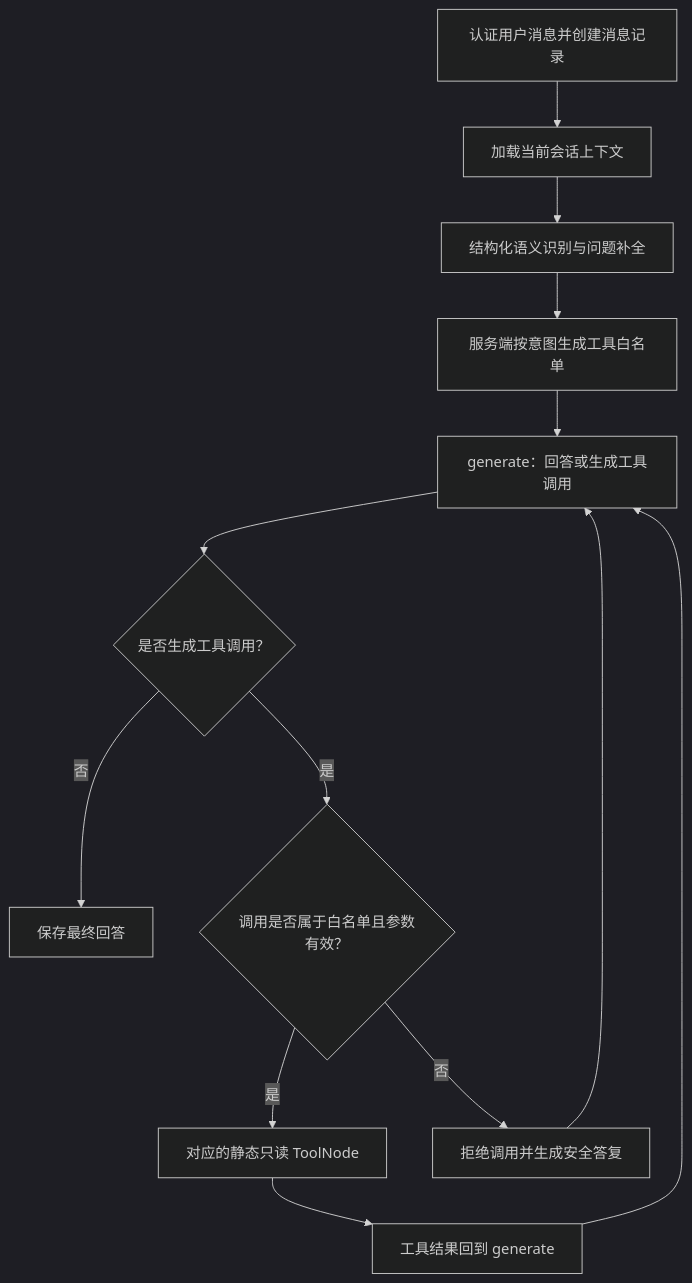
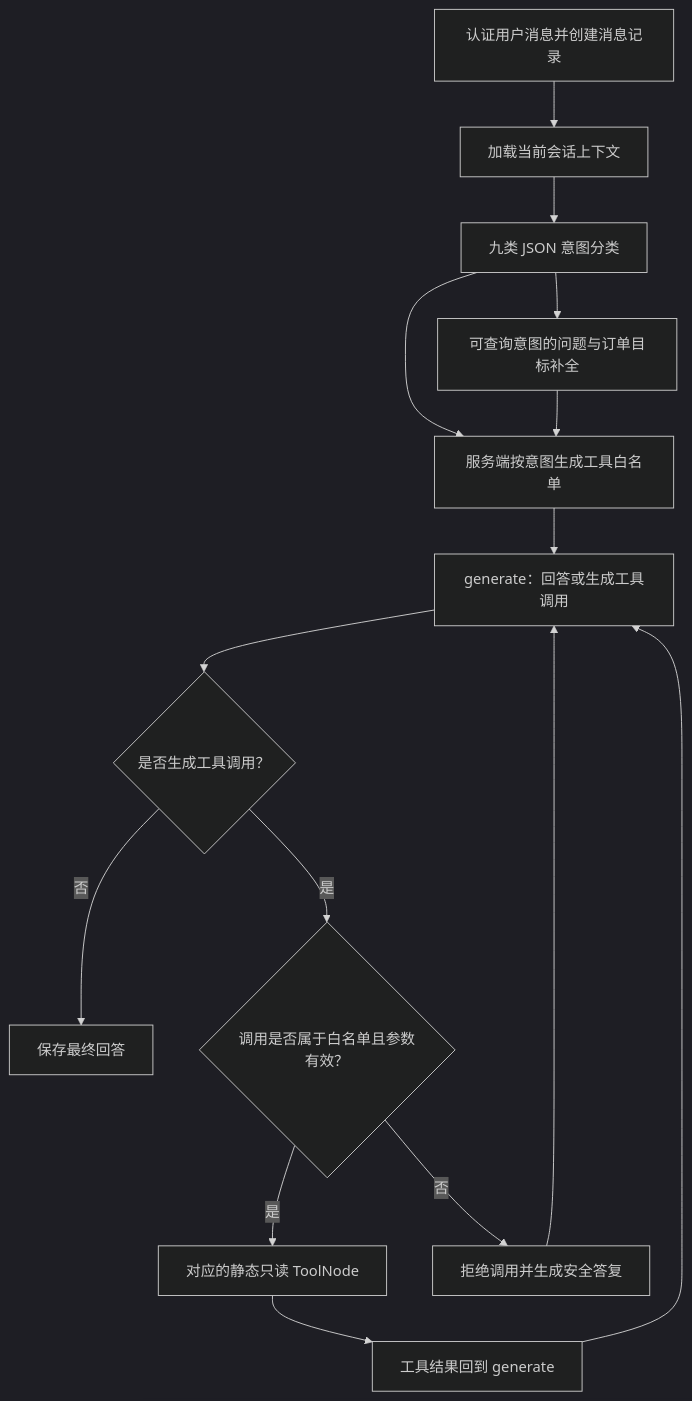
The diagram in docs/语义识别与意图路由前置层.md (Tindalos-ik/Aiden), drawn with Mermaid (dark theme) before and after one commit. The commit also changed other lines of this file and 3 other files, not shown here.

Commit message:
feat(agent): 增加九类意图分流与结构化分类

````diff
--- a/docs/语义识别与意图路由前置层.md
+++ b/docs/语义识别与意图路由前置层.md
@@ -11,15 +11,17 @@
 ```mermaid
 graph TD
     auth["认证用户消息并创建消息记录"] --> context["加载当前会话上下文"]
-    context --> recognize["结构化语义识别与问题补全"]
-    recognize --> route["服务端按意图生成工具白名单"]
+    context --> recognize["九类 JSON 意图分类"]
+    recognize --> extract["可查询意图的问题与订单目标补全"]
+    recognize --> route
+    extract --> route["服务端按意图生成工具白名单"]
     route --> generate["generate：回答或生成工具调用"]
     generate --> decision{"是否生成工具调用？"}
     decision -->|否| save["保存最终回答"]
     decision -->|是| guard{"调用是否属于白名单且参数有效？"}
     guard -->|是| tool["对应的静态只读 ToolNode"]
     tool --> result["工具结果回到 generate"]
     result --> generate
     guard -->|否| reject["拒绝调用并生成安全答复"]
     reject --> generate
 ```
````
